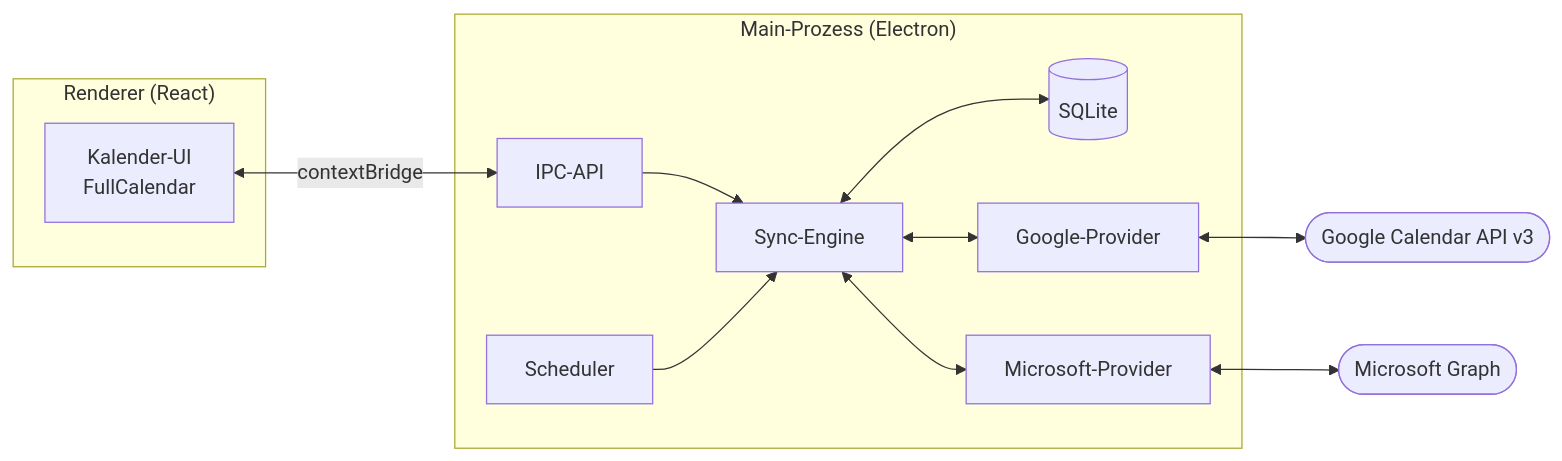
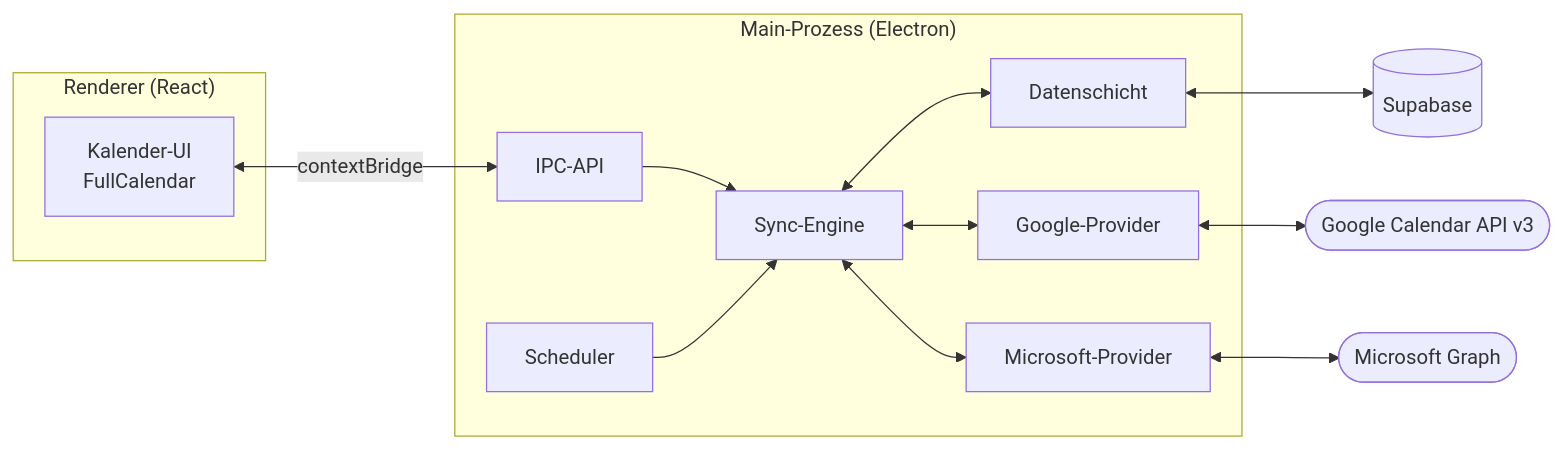
The first of 2 diagrams in docs/ARCHITEKTUR.md (Namir1234/easy-Calender), drawn with Mermaid before and after one commit. The commit also changed other lines of this file and 59 other files, not shown here.

````diff
--- a/docs/ARCHITEKTUR.md
+++ b/docs/ARCHITEKTUR.md
@@ -19,27 +19,29 @@
 ```mermaid
 flowchart LR
     subgraph R["Renderer (React)"]
         UI["Kalender-UI<br>FullCalendar"]
     end
 
     subgraph MAIN["Main-Prozess (Electron)"]
         IPC["IPC-API"]
         ENG["Sync-Engine"]
         SCH["Scheduler"]
-        DB[("SQLite")]
+        DB["Datenschicht"]
         GP["Google-Provider"]
         MP["Microsoft-Provider"]
     end
 
+    SB[("Supabase")]
     GAPI(["Google Calendar API v3"])
     GRAPH(["Microsoft Graph"])
 
     UI <-->|contextBridge| IPC
     IPC --> ENG
     SCH --> ENG
     ENG <--> DB
+    DB <--> SB
     ENG <--> GP
     ENG <--> MP
     GP <--> GAPI
     MP <--> GRAPH
 ```
````
